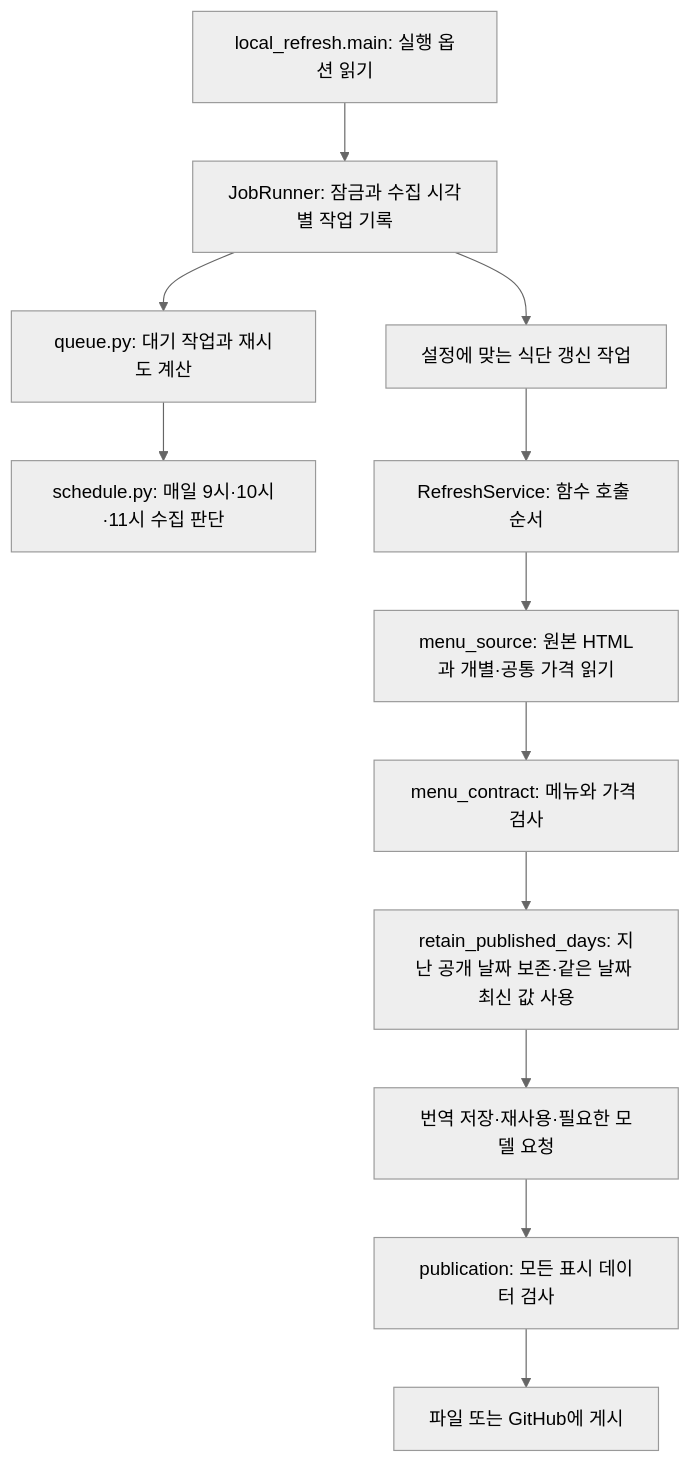
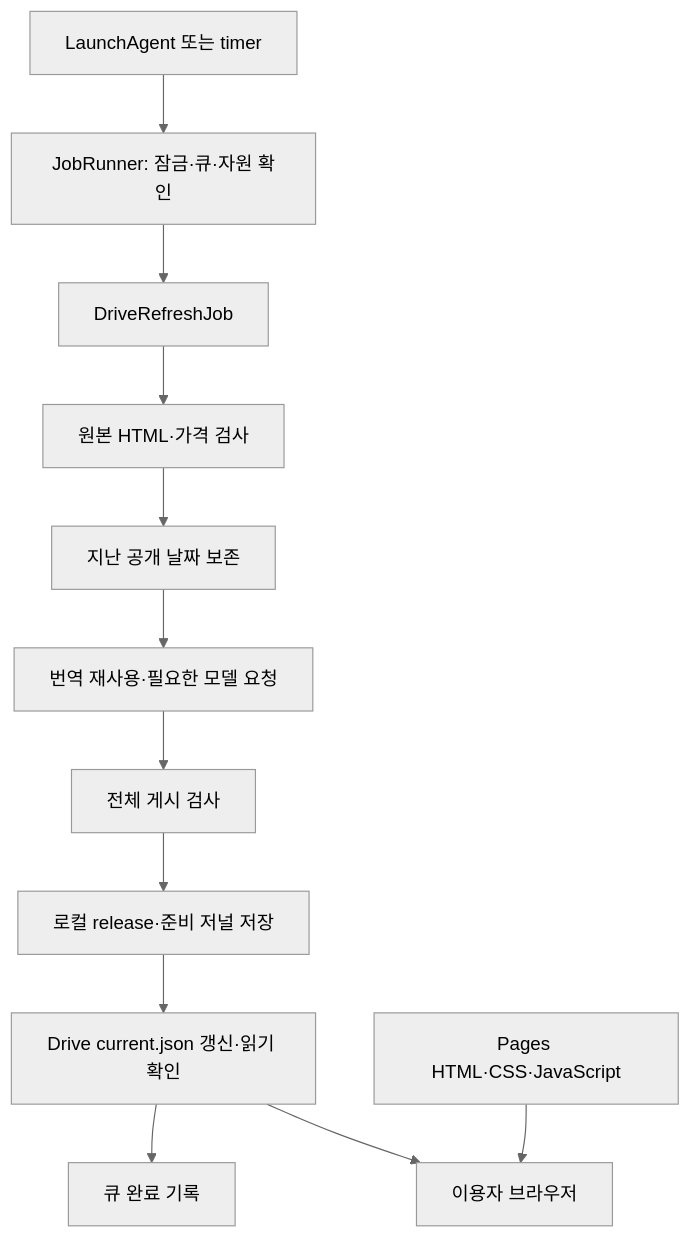
One commit to garlicvread/2026_KIST_EU_accelerating_MENSA_menu_lookup changed the diagram in docs/architecture.md. Above: the diagram before and after it, drawn with Mermaid (neutral theme). The commit also changed other lines of this file and 49 other files, not shown here.

First line of the commit message:
Publish menu data to Drive with bounded retention (#8)

````diff
--- a/docs/architecture.md
+++ b/docs/architecture.md
@@ -29,14 +29,14 @@
 ```mermaid
 flowchart TD
-  Entry[local_refresh.main: 실행 옵션 읽기] --> Runner[JobRunner: 잠금과 수집 시각별 작업 기록]
-  Runner --> Queue[queue.py: 대기 작업과 재시도 계산]
-  Queue --> Schedule[schedule.py: 매일 9시·10시·11시 수집 판단]
-  Runner --> Job[설정에 맞는 식단 갱신 작업]
-  Job --> Service[RefreshService: 함수 호출 순서]
-  Service --> Source[menu_source: 원본 HTML과 개별·공통 가격 읽기]
-  Source --> Check[menu_contract: 메뉴와 가격 검사]
-  Check --> Retain[retain_published_days: 지난 공개 날짜 보존·같은 날짜 최신 값 사용]
-  Retain --> Translate[번역 저장·재사용·필요한 모델 요청]
-  Translate --> Complete[publication: 모든 표시 데이터 검사]
-  Complete --> Publish[파일 또는 GitHub에 게시]
+  Timer[LaunchAgent 또는 timer] --> Runner[JobRunner: 잠금·큐·자원 확인]
+  Runner --> DriveJob[DriveRefreshJob]
+  DriveJob --> Source[원본 HTML·가격 검사]
+  Source --> Retain[지난 공개 날짜 보존]
+  Retain --> Translate[번역 재사용·필요한 모델 요청]
+  Translate --> Validate[전체 게시 검사]
+  Validate --> Local[로컬 release·준비 저널 저장]
+  Local --> Drive[Drive current.json 갱신·읽기 확인]
+  Drive --> Complete[큐 완료 기록]
+  Pages[Pages HTML·CSS·JavaScript] --> Browser[이용자 브라우저]
+  Drive --> Browser
 ```
````
